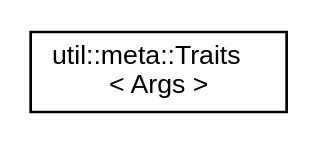
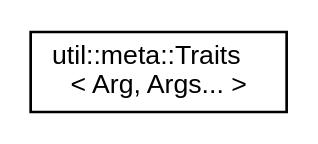
One commit to AndreasLrx/ecstasy changed the diagram in inherit_graph_75.dot. Above: the diagram before and after it, drawn with Graphviz. The commit also changed 341 other files, not shown here.

```diff
--- a/inherit_graph_75.dot
+++ b/inherit_graph_75.dot
@@ -1,8 +1,8 @@
 digraph "Graphical Class Hierarchy"
 {
  // LATEX_PDF_SIZE
   edge [fontname="Helvetica",fontsize="10",labelfontname="Helvetica",labelfontsize="10"];
   node [fontname="Helvetica",fontsize="10",shape=record];
   rankdir="LR";
-  Node0 [label="util::meta::Traits\l\< Args \>",height=0.2,width=0.4,color="black", fillcolor="white", style="filled",URL="$structutil_1_1meta_1_1_traits.html",tooltip="Empty parameter pack helper type."];
+  Node0 [label="util::meta::Traits\l\< Arg, Args... \>",height=0.2,width=0.4,color="black", fillcolor="white", style="filled",URL="$structutil_1_1meta_1_1_traits_3_01_arg_00_01_args_8_8_8_01_4.html",tooltip="Parameter pack helper type."];
 }
```
